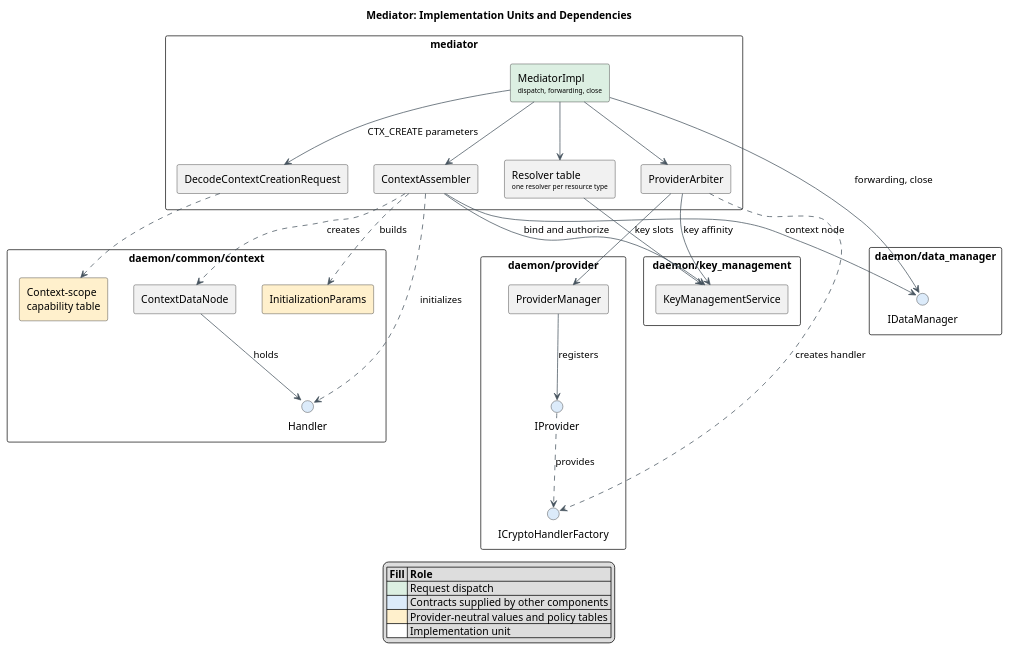
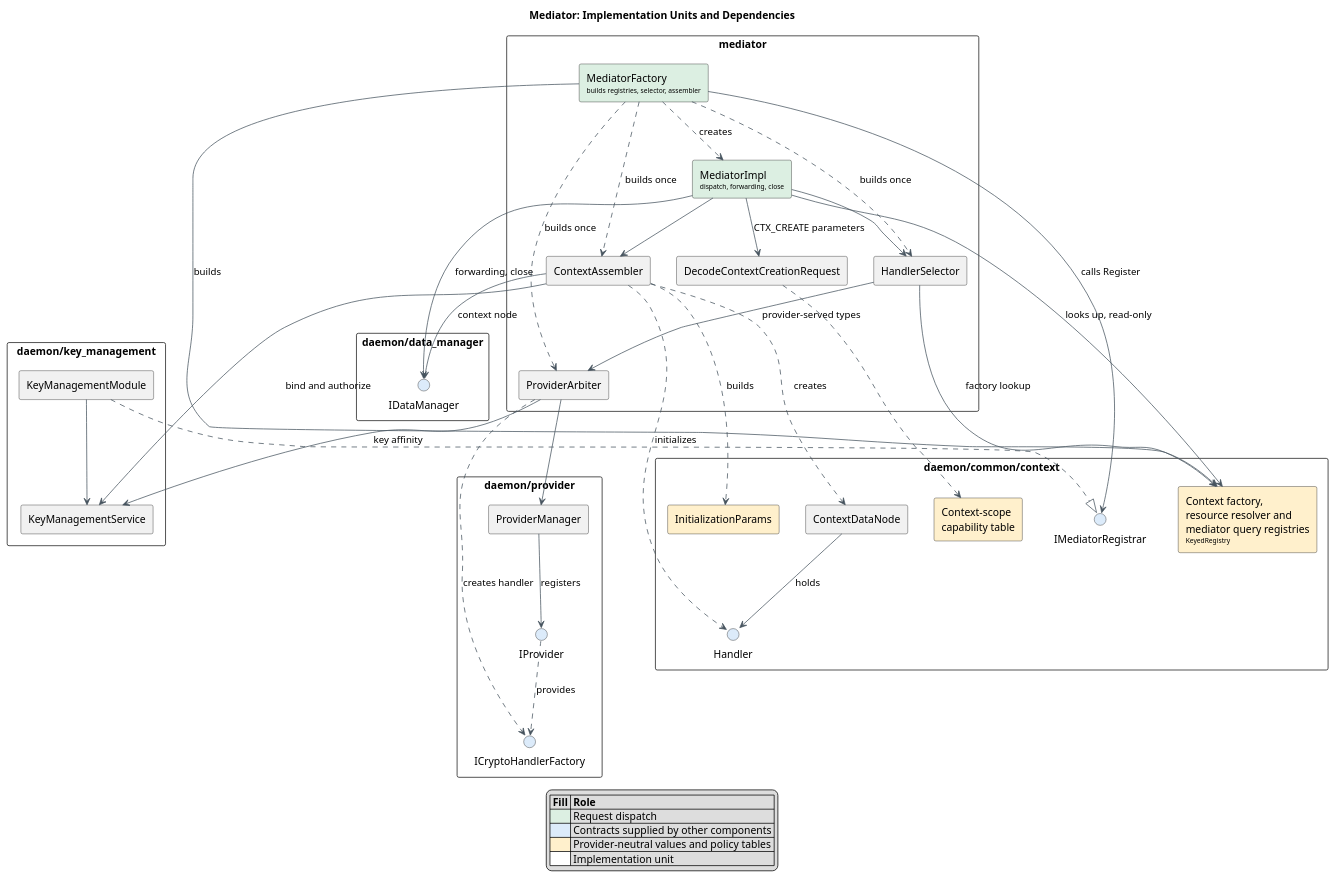
One commit to abdullahelmarghany/crypto changed the diagram in score/crypto/src/daemon/mediator/docs/architecture/mediator_composition.puml. Above: the diagram before and after it, drawn with PlantUML. The commit also changed 53 other files, not shown here.

First line of the commit message:
Mediator registry and handler selector (#460)

```diff
--- a/score/crypto/src/daemon/mediator/docs/architecture/mediator_composition.puml
+++ b/score/crypto/src/daemon/mediator/docs/architecture/mediator_composition.puml
@@ -14,71 +14,84 @@
 @startuml mediator_composition
 title Mediator: Implementation Units and Dependencies
 top to bottom direction
 skinparam shadowing false
 skinparam defaultFontName Arial
 skinparam componentStyle rectangle
 skinparam packageStyle rectangle
 skinparam ArrowColor #46535E
 
 package "mediator" {
   [MediatorImpl\n<size:9>dispatch, forwarding, close</size>] as Mediator #DCEFE2
   [DecodeContextCreationRequest] as Decoder
+  [HandlerSelector] as Selector
   [ProviderArbiter] as Arbiter
   [ContextAssembler] as Assembler
-  [Resolver table\n<size:9>one resolver per resource type</size>] as Resolvers
+  [MediatorFactory\n<size:9>builds registries, selector, assembler</size>] as Factory #DCEFE2
 }
 
 package "daemon/common/context" {
+  [Context factory,\nresource resolver and\nmediator query registries\n<size:9>KeyedRegistry</size>] as Registries #FFF0CC
+  interface IMediatorRegistrar #DCEBFA
   [Context-scope\ncapability table] as Selection #FFF0CC
   [ContextDataNode] as ContextNode
   interface Handler #DCEBFA
   [InitializationParams] as InitParams #FFF0CC
 }
 
 package "daemon/key_management" {
   [KeyManagementService] as KeyMgmt
+  [KeyManagementModule] as KeyModule
 }
 
 package "daemon/provider" {
   [ProviderManager] as Providers
   interface IProvider #DCEBFA
   interface ICryptoHandlerFactory #DCEBFA
 }
 
 package "daemon/data_manager" {
   interface IDataManager #DCEBFA
 }
 
 Mediator --> Decoder : CTX_CREATE parameters
-Mediator --> Arbiter
+Mediator --> Selector
 Mediator --> Assembler
 Mediator --> IDataManager : forwarding, close
-Mediator --> Resolvers
+Mediator --> Registries : looks up, read-only
+
+Factory ..> Mediator : creates
+Factory --> Registries : builds
+Factory --> IMediatorRegistrar : calls Register
+Factory ..> Selector : builds once
+Factory ..> Arbiter : builds once
+Factory ..> Assembler : builds once
+KeyModule ..|> IMediatorRegistrar
+KeyModule --> KeyMgmt
 
 Decoder ..> Selection
 
+Selector --> Registries : factory lookup
+Selector --> Arbiter : provider-served types
 Arbiter --> Providers
 Arbiter --> KeyMgmt : key affinity
 Arbiter ..> ICryptoHandlerFactory : creates handler
 Providers --> IProvider : registers
 IProvider ..> ICryptoHandlerFactory : provides
 
 Assembler --> IDataManager : context node
 Assembler --> KeyMgmt : bind and authorize
 Assembler ..> ContextNode : creates
 Assembler ..> Handler : initializes
 Assembler ..> InitParams : builds
 
 ContextNode --> Handler : holds
 
-Resolvers --> KeyMgmt : key slots
-
 legend bottom
   |= Fill |= Role |
   |<#DCEFE2> | Request dispatch |
   |<#DCEBFA> | Contracts supplied by other components |
   |<#FFF0CC> | Provider-neutral values and policy tables |
   |<#FFFFFF> | Implementation unit |
 endlegend
 
 @enduml
```
